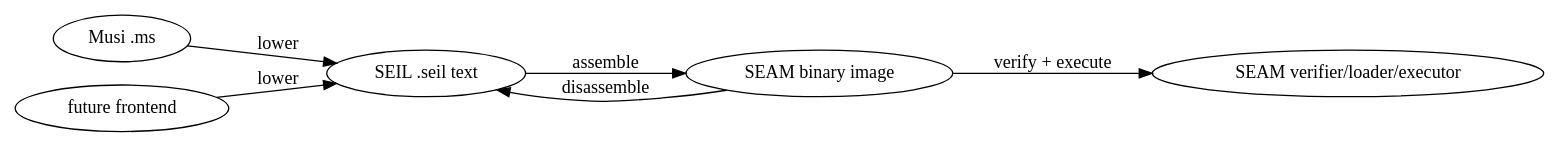
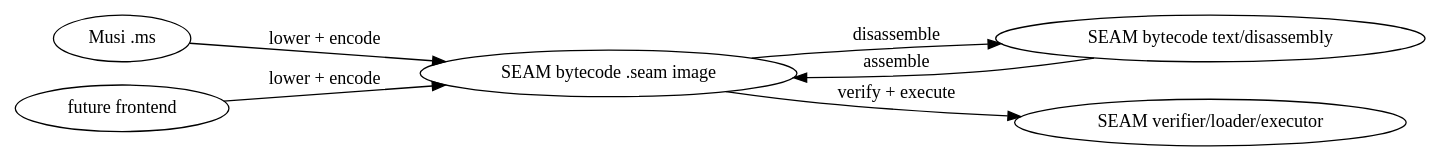
The first of 2 diagrams in docs/LOCKED_LANGUAGE_DESIGN.md (xsyetopz/musi-next), drawn with Graphviz before and after one commit. The commit also changed other lines of this file and 25 other files, not shown here.

````diff
--- a/docs/LOCKED_LANGUAGE_DESIGN.md
+++ b/docs/LOCKED_LANGUAGE_DESIGN.md
@@ -862,16 +880,16 @@
 ```dot
-digraph seil_architecture {
+digraph seam_bytecode_architecture {
   rankdir=LR;
   Musi [label="Musi .ms"];
   Other [label="future frontend"];
-  Text [label="SEIL .seil text"];
-  Binary [label="SEAM binary image"];
+  Image [label="SEAM bytecode .seam image"];
+  Text [label="SEAM bytecode text/disassembly"];
   SEAM [label="SEAM verifier/loader/executor"];
 
-  Musi -> Text [label="lower"];
-  Other -> Text [label="lower"];
-  Text -> Binary [label="assemble"];
-  Binary -> Text [label="disassemble"];
-  Binary -> SEAM [label="verify + execute"];
+  Musi -> Image [label="lower + encode"];
+  Other -> Image [label="lower + encode"];
+  Text -> Image [label="assemble"];
+  Image -> Text [label="disassemble"];
+  Image -> SEAM [label="verify + execute"];
 }
 ```
````
